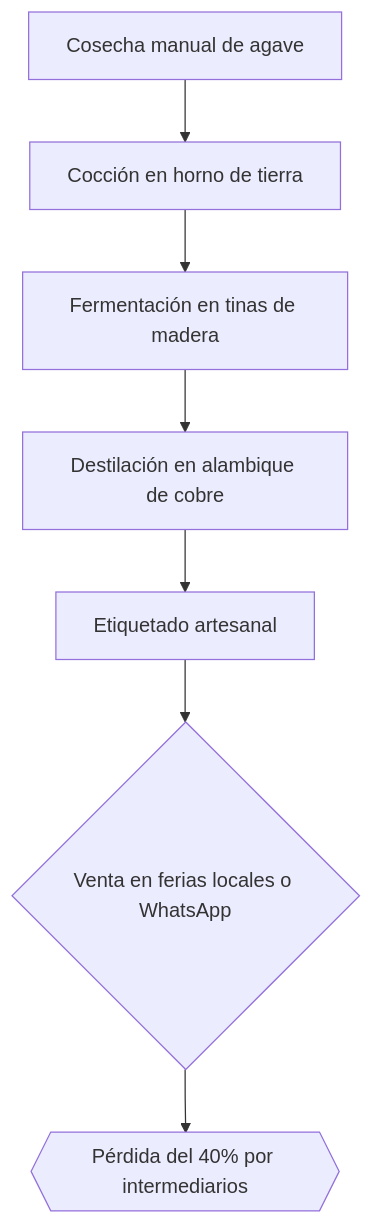
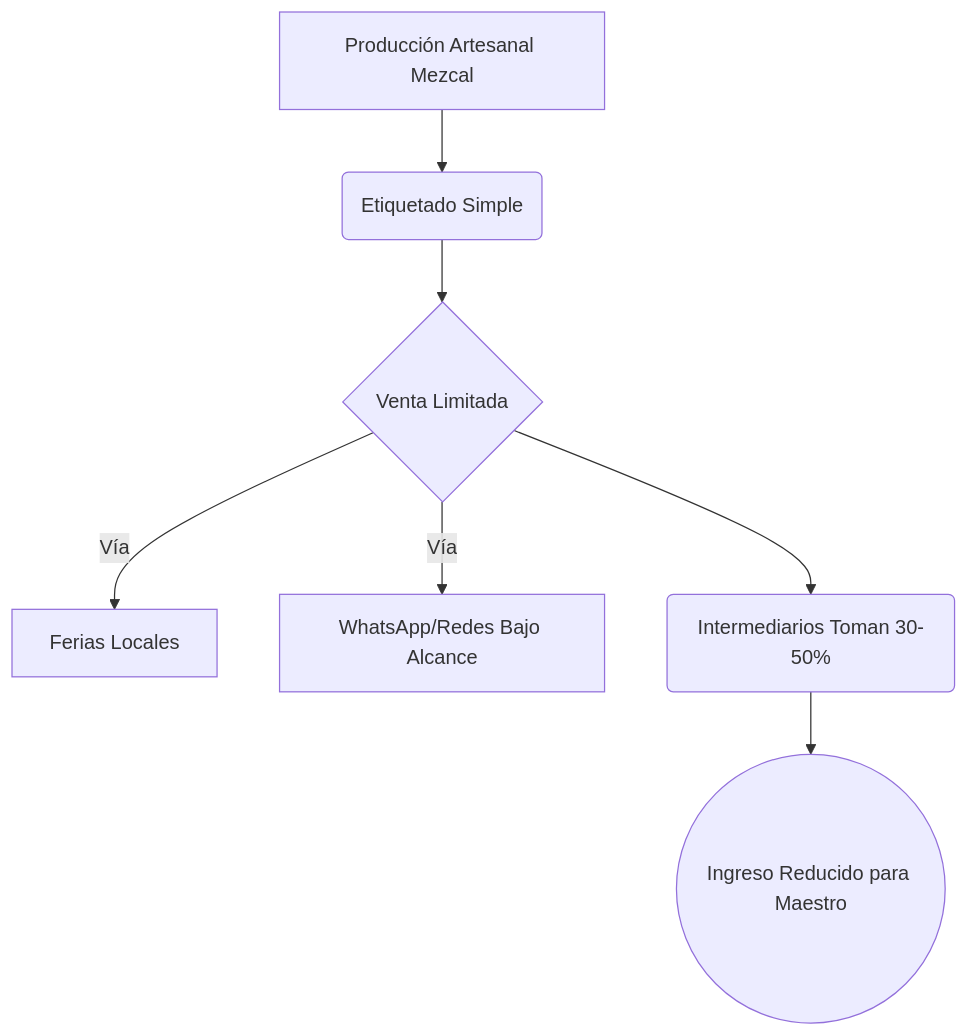
One commit to jangelmm/hackatec-2025-tecnm changed the first of 6 diagrams in README.md. Above: the diagram before and after it, drawn with Mermaid. The commit also changed other lines of this file, not shown here.

````diff
--- a/README.md
+++ b/README.md
@@ -124,9 +130,9 @@
 ```mermaid
 graph TD
-    A[Cosecha manual de agave] --> B[Cocción en horno de tierra]
-    B --> C[Fermentación en tinas de madera]
-    C --> D[Destilación en alambique de cobre]
-    D --> E[Etiquetado artesanal]
-    E --> F{Venta en ferias locales o WhatsApp}
-    F --> G{{Pérdida del 40% por intermediarios}}
+    A[Producción Artesanal Mezcal] --> B(Etiquetado Simple)
+    B --> C{Venta Limitada}
+    C -- Vía --> D[Ferias Locales]
+    C -- Vía --> E[WhatsApp/Redes Bajo Alcance]
+    C --> F(Intermediarios Toman 30-50%)
+    F --> G((Ingreso Reducido para Maestro))
 ```
````
